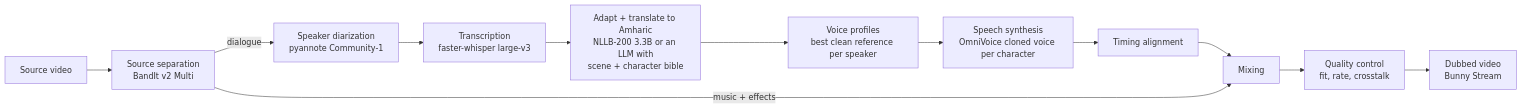
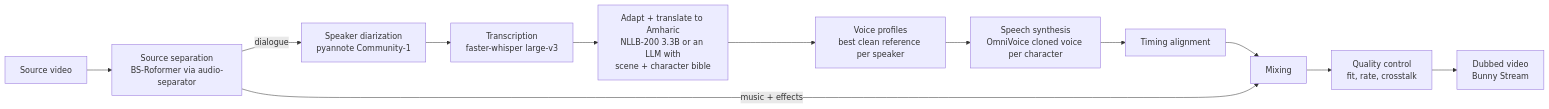
Before and after one commit to ababuu/amharic-dub: the diagram in README.md, drawn with Mermaid. The commit also changed other lines of this file and 13 other files, not shown here.

````diff
--- a/README.md
+++ b/README.md
@@ -20,14 +20,14 @@
 ```mermaid
 flowchart LR
-    V["Source video"] --> SEP["Source separation<br/>BandIt v2 Multi"]
+    V["Source video"] --> SEP["Source separation<br/>BS-Roformer via audio-separator"]
     SEP -->|dialogue| DIA["Speaker diarization<br/>pyannote Community-1"]
     DIA --> ASR["Transcription<br/>faster-whisper large-v3"]
     ASR --> TR["Adapt + translate to Amharic<br/>NLLB-200 3.3B or an LLM with<br/>scene + character bible"]
     TR --> VP["Voice profiles<br/>best clean reference per speaker"]
     VP --> TTS["Speech synthesis<br/>OmniVoice cloned voice per character"]
     TTS --> TIM["Timing alignment"]
     TIM --> MIX["Mixing"]
     SEP -->|music + effects| MIX
     MIX --> QC["Quality control<br/>fit, rate, crosstalk"]
     QC --> OUT["Dubbed video<br/>Bunny Stream"]
 ```
````
